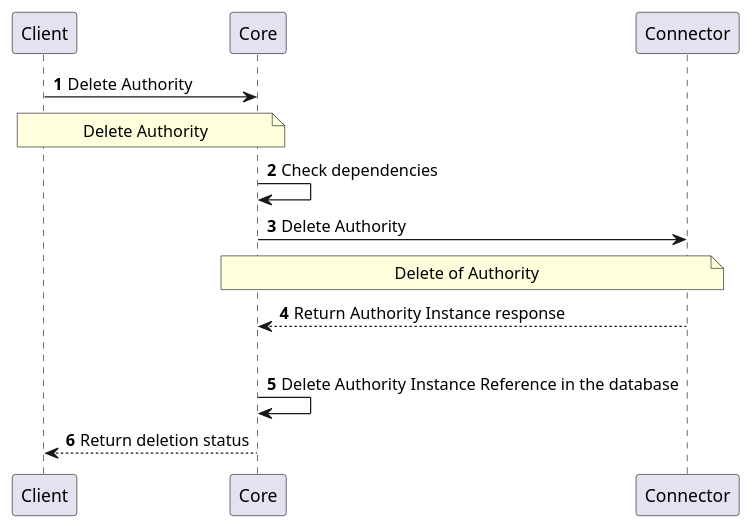
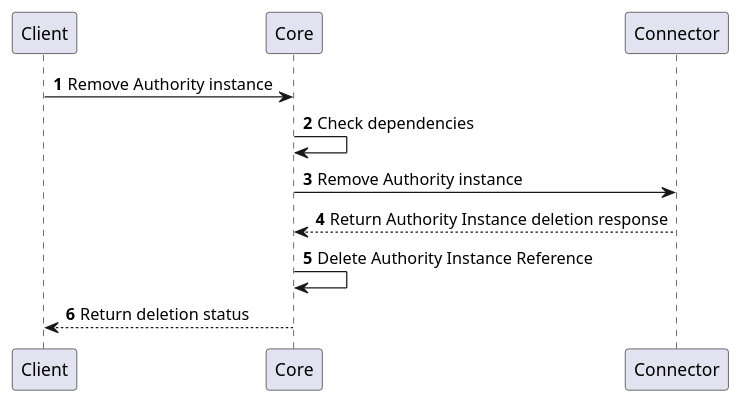
The fourth of 7 diagrams in docs/12-connectors/05-description/25-authority-provider-v2.md (CZERTAINLY/CZERTAINLY-Documentation), drawn with PlantUML before and after one commit. The commit also changed other lines of this file and 8 other files, not shown here.

First line of the commit message:
Update description of plantuml diagrams on the providers

````diff
--- a/docs/12-connectors/05-description/25-authority-provider-v2.md
+++ b/docs/12-connectors/05-description/25-authority-provider-v2.md
@@ -93,15 +79,12 @@
 ```plantuml
     @startuml
     autonumber
     skinparam topurl https://docs.czertainly.com/api/
-        Client -> Core [[core-authority/#tag/Authority-Management-API/operation/removeAuthorityInstance]]: Delete Authority
-        note over Client,Core: Delete Authority
+        Client -> Core [[core-authority/#tag/Authority-Management-API/operation/removeAuthorityInstance]]: Remove Authority instance
         Core -> Core : Check dependencies
-        Core -> Connector [[connector-authority-provider-v2/#tag/Authority-Management-API/operation/removeAuthorityInstance]]: Delete Authority
-        note over Core,Connector: Delete of Authority
-        Connector --> Core: Return Authority Instance response
-        |||
-        Core -> Core : Delete Authority Instance Reference in the database
+        Core -> Connector [[connector-authority-provider-v2/#tag/Authority-Management-API/operation/removeAuthorityInstance]]: Remove Authority instance
+        Connector --> Core: Return Authority Instance deletion response
+        Core -> Core : Delete Authority Instance Reference
         Core --> Client: Return deletion status
     @enduml
 ```
````
